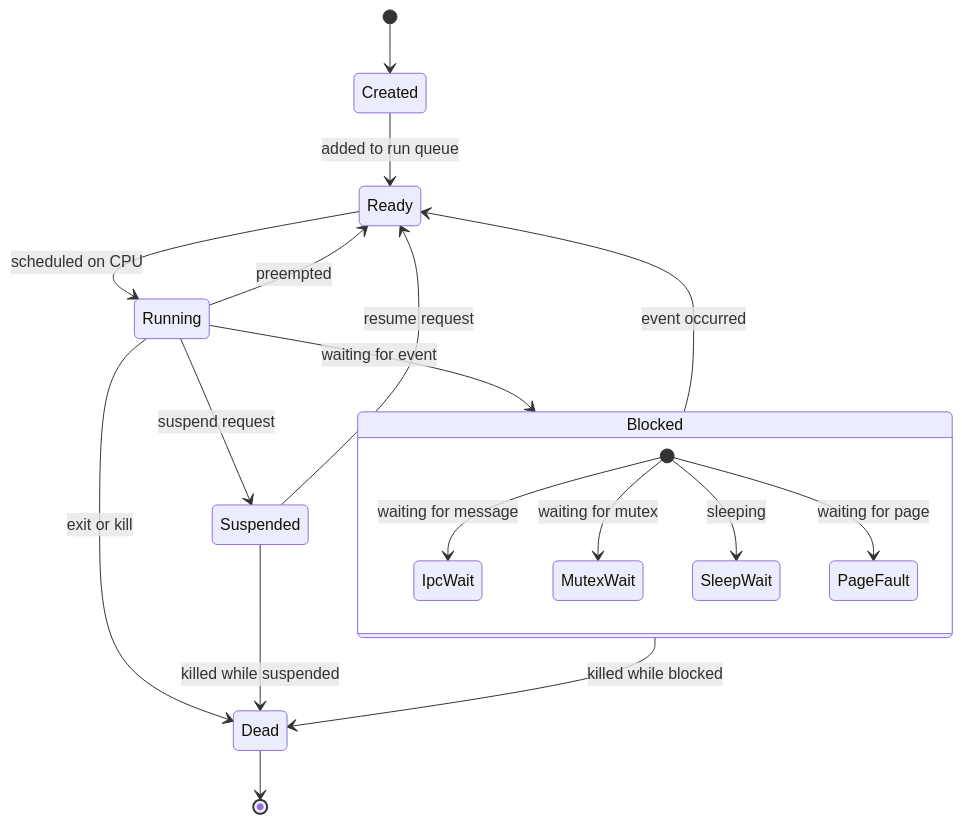
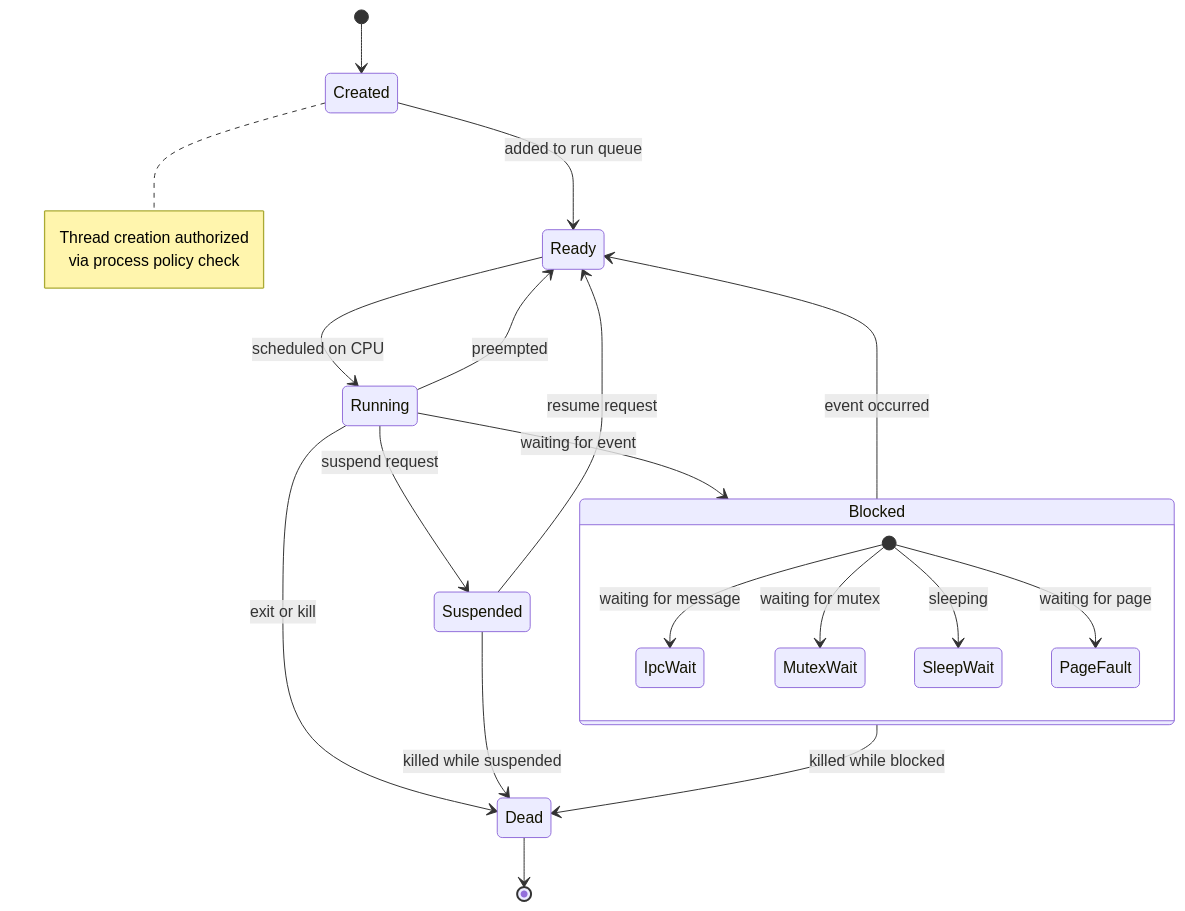
Before and after one commit to cypher-asi/zero-os: the sixth of 18 diagrams in docs/diagrams/state-machines.md, drawn with Mermaid. The commit also changed other lines of this file and 24 other files, not shown here.

````diff
--- a/docs/diagrams/state-machines.md
+++ b/docs/diagrams/state-machines.md
@@ -238,28 +293,33 @@
 ```mermaid
 stateDiagram-v2
     [*] --> Created
     
     Created --> Ready: added to run queue
     
     Ready --> Running: scheduled on CPU
     
     Running --> Ready: preempted
     Running --> Blocked: waiting for event
     Running --> Suspended: suspend request
     Running --> Dead: exit or kill
     
     Blocked --> Ready: event occurred
     Blocked --> Dead: killed while blocked
     
     Suspended --> Ready: resume request
     Suspended --> Dead: killed while suspended
     
     Dead --> [*]
     
     state Blocked {
         [*] --> IpcWait: waiting for message
         [*] --> MutexWait: waiting for mutex
         [*] --> SleepWait: sleeping
         [*] --> PageFault: waiting for page
     }
+    
+    note right of Created
+        Thread creation authorized
+        via process policy check
+    end note
 ```
````
